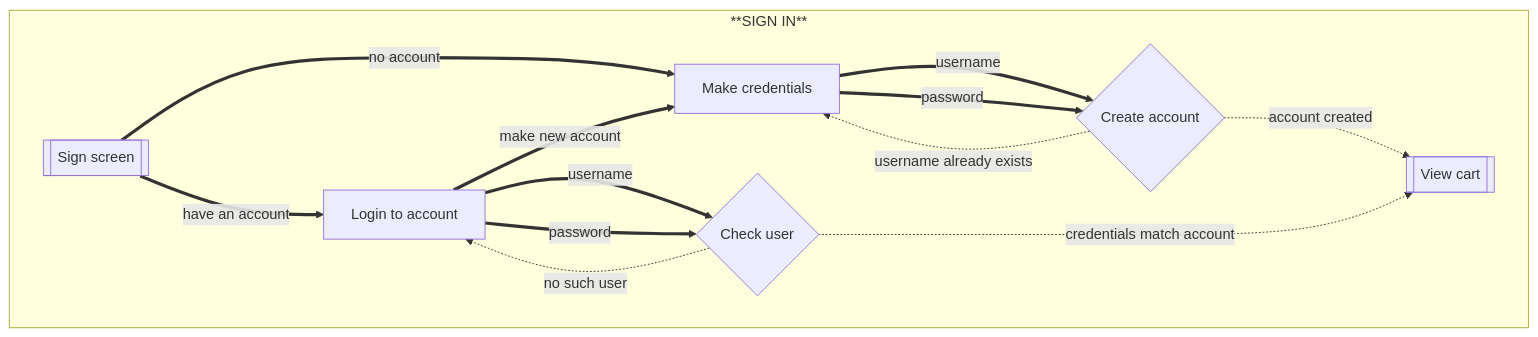
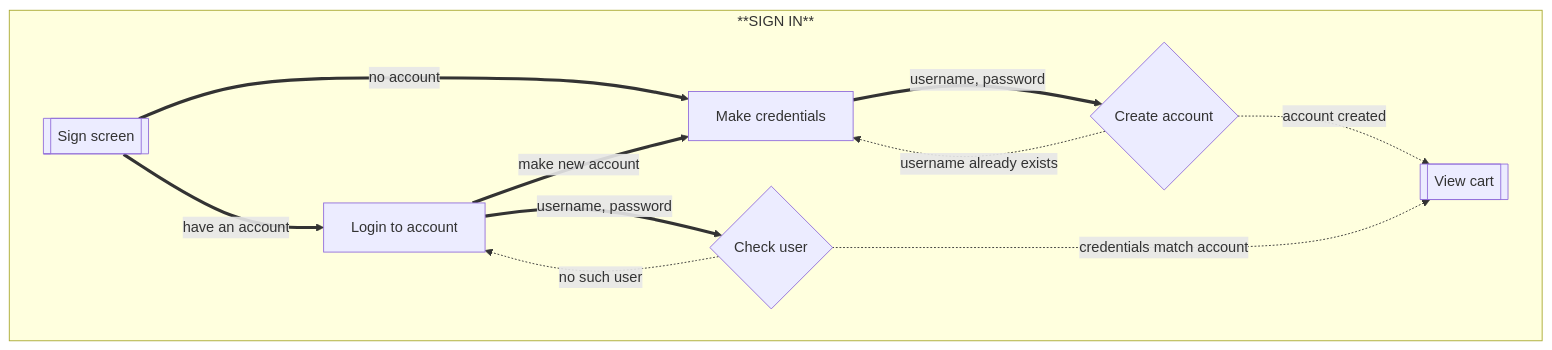
One commit to samanthaegilson/COMP-2452 changed the third of 4 diagrams in 2452-pos/flows.md. Above: the diagram before and after it, drawn with Mermaid. The commit also changed other lines of this file and 38 other files, not shown here.

````diff
--- a/2452-pos/flows.md
+++ b/2452-pos/flows.md
@@ -44,24 +44,22 @@
 ```mermaid
 flowchart
   subgraph **SIGN IN**
     signIn[[Sign screen]]
     credentials[Make credentials]
     createAccount{Create account}
     login[Login to account]
     checkUser{Check user}
     cart[[View cart]]
 
     signIn ==no account==> credentials
-    credentials ==username==> createAccount
-    credentials ==password==> createAccount
+    credentials ==username, password==> createAccount
     createAccount -.username already exists.-> credentials
     createAccount -.account created.-> cart
 
     signIn ==have an account==> login
     login ==make new account==> credentials
-    login ==username==> checkUser
-    login ==password==> checkUser
+    login ==username, password==> checkUser
     checkUser -.no such user.-> login
     checkUser -.credentials match account.-> cart
   end
 ```
````
